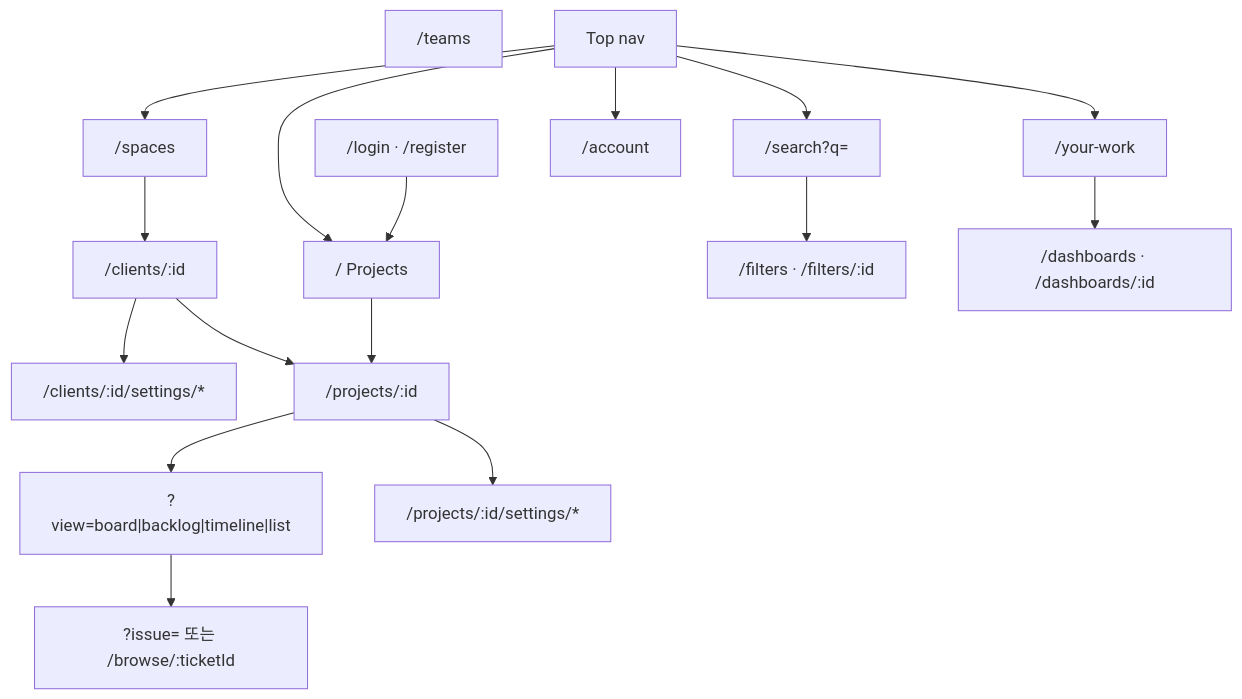
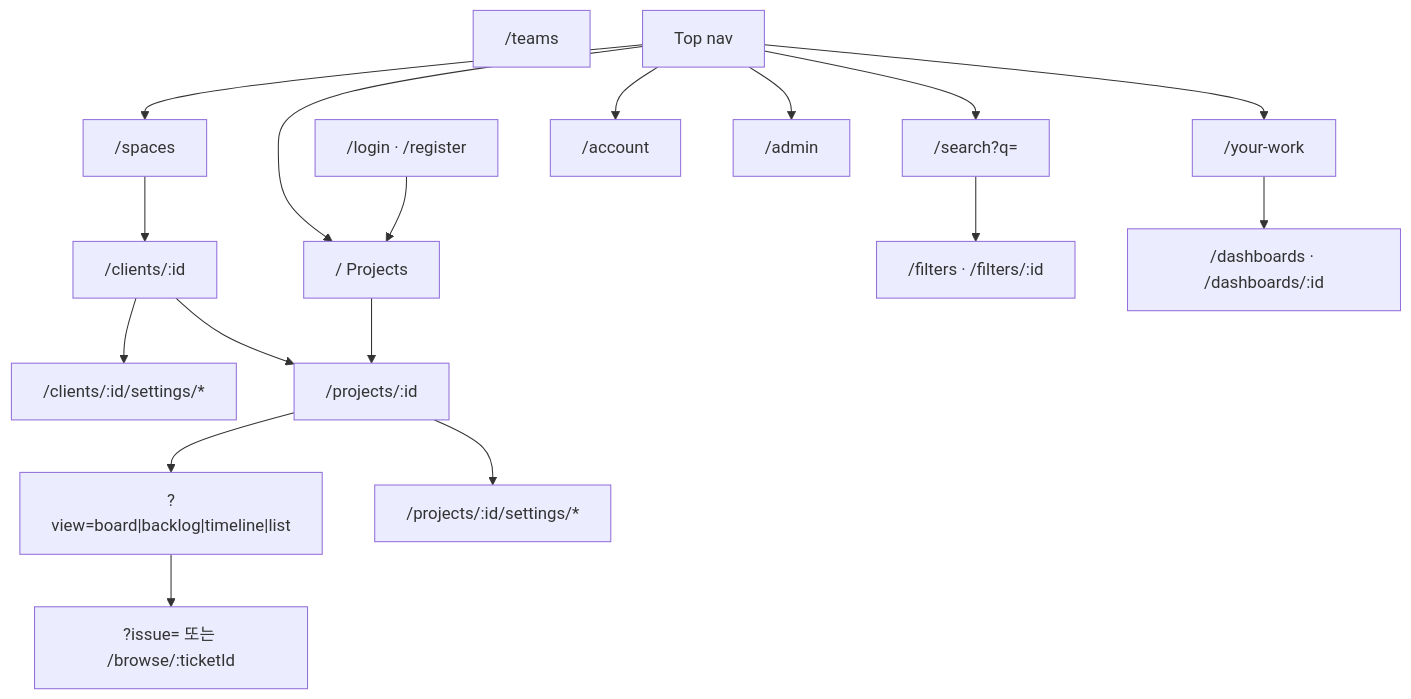
The diagram in frontend/ia/overview.md (yoosungung/sw-factory), drawn with Mermaid before and after one commit. The commit also changed other lines of this file and 45 other files, not shown here.

````diff
--- a/frontend/ia/overview.md
+++ b/frontend/ia/overview.md
@@ -31,34 +36,36 @@
 ```mermaid
 flowchart TB
   Auth["/login · /register"]
   YW["/your-work"]
   Home["/  Projects"]
   Spaces["/spaces"]
   Space["/clients/:id"]
   SpaceSet["/clients/:id/settings/*"]
   Proj["/projects/:id"]
   Views["?view=board|backlog|timeline|list"]
   PSet["/projects/:id/settings/*"]
   Filters["/filters · /filters/:id"]
   Dash["/dashboards · /dashboards/:id"]
   Teams["/teams"]
   Account["/account"]
+  Admin["/admin"]
   Search["/search?q="]
   Issue["?issue= 또는 /browse/:ticketId"]
 
   Auth --> Home
   Top[Top nav] --> Spaces
   Top --> Home
   Top --> YW
   Top --> Search
   Top --> Account
+  Top --> Admin
   Spaces --> Space
   Home --> Proj
   Space --> Proj
   Proj --> Views
   Views --> Issue
   Space --> SpaceSet
   Proj --> PSet
   Search --> Filters
   YW --> Dash
 ```
````
